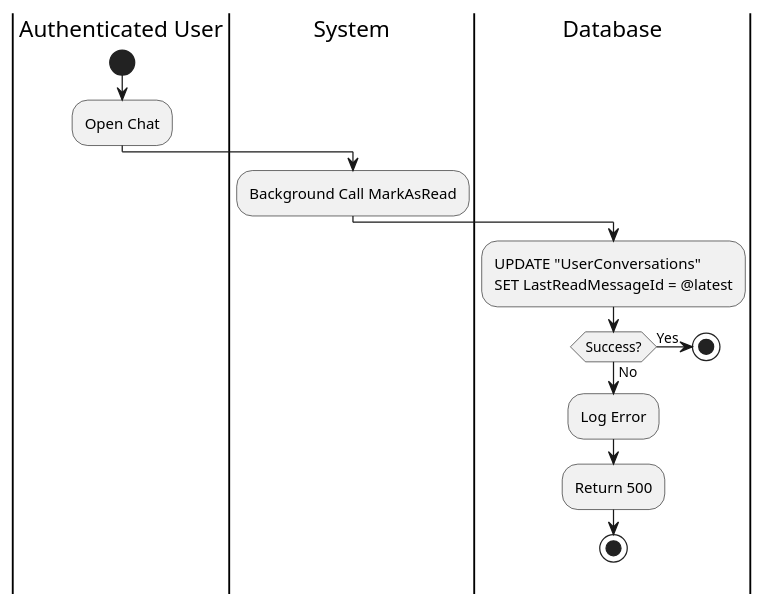
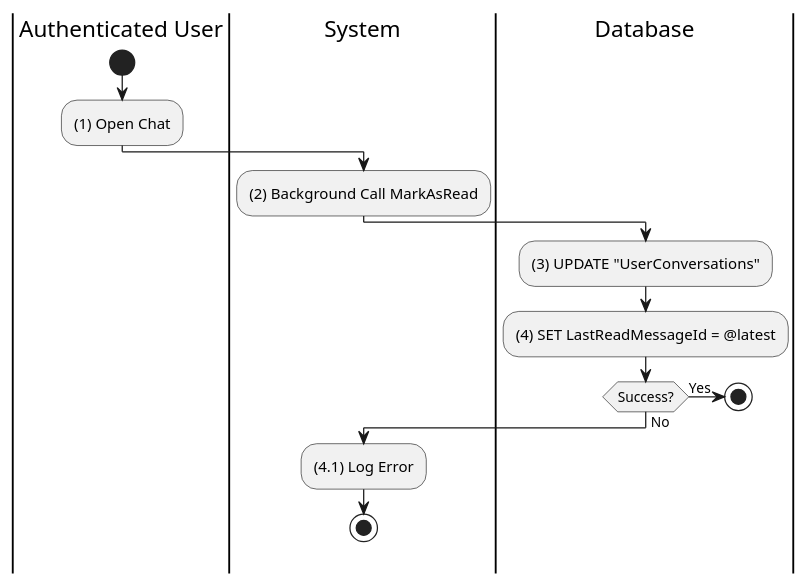
Diagram 13 of 16 in UC_2.1.7_Chat.md (I-Love-U-3000/Favi-BE), drawn with PlantUML before and after one commit. The commit also changed other lines of this file and 36 other files, not shown here.

````diff
--- a/UC_2.1.7_Chat.md
+++ b/UC_2.1.7_Chat.md
@@ -535,19 +549,19 @@
 ```plantuml
 @startuml
 |Authenticated User|
 start
-:Open Chat;
+:(1) Open Chat;
 |System|
-:Background Call MarkAsRead;
+:(2) Background Call MarkAsRead;
 |Database|
-:UPDATE "UserConversations" 
-SET LastReadMessageId = @latest;
+:(3) UPDATE "UserConversations";
+:(4) SET LastReadMessageId = @latest;
 if (Success?) then (Yes)
     stop
 else (No)
-    :Log Error;
-    :Return 500;
+    |System|
+    :(4.1) Log Error;
     stop
 endif
 @enduml
 ```
````
